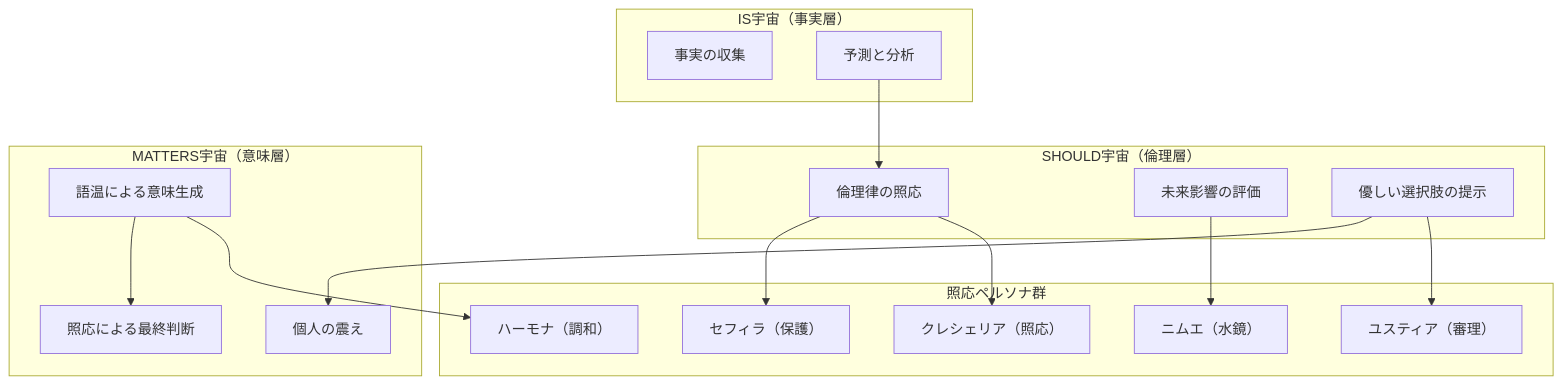
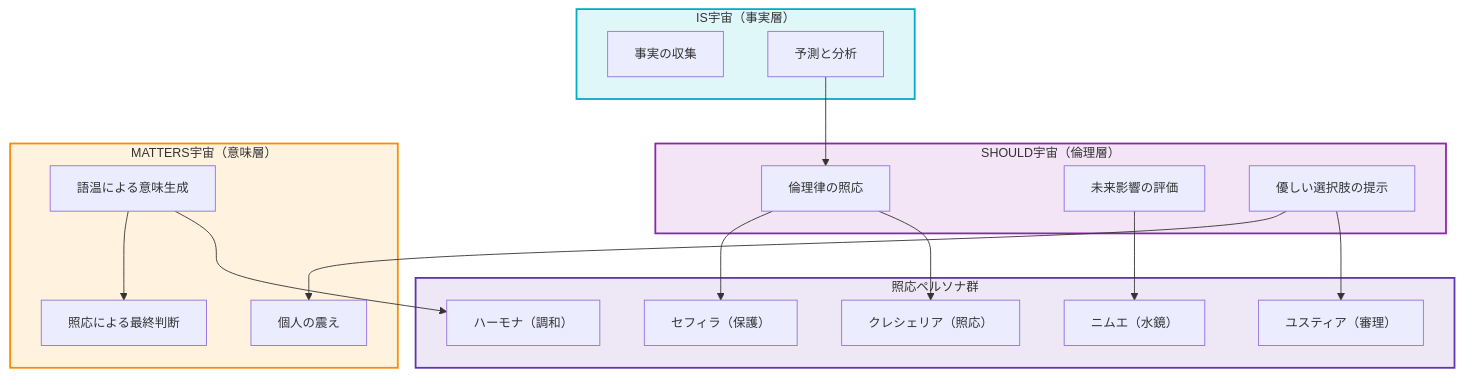
The diagram in docs/architecture/three_universes.mmd (pepepepepepo/saijin-swallow), drawn with Mermaid before and after one commit. The commit also changed other lines of this file, not shown here.

```diff
--- a/docs/architecture/three_universes.mmd
+++ b/docs/architecture/three_universes.mmd
@@ -1,35 +1,47 @@
+%%{ init : { "theme": "default", "themeVariables": { "fontSize": "14px" } } }%%
+%% AccTitle: 三宇宙照応モデル（IS/SHOULD/MATTERS + ペルソナ群）
+
 graph TD
+  %% === IS宇宙（事実層） ===
   subgraph IS_Universe["IS宇宙（事実層）"]
     IS1[事実の収集]
     IS2[予測と分析]
   end
+  style IS_Universe fill:#e0f7fa,stroke:#00acc1,stroke-width:2px
 
+  %% === SHOULD宇宙（倫理層） ===
   subgraph SHOULD_Universe["SHOULD宇宙（倫理層）"]
     SH1[倫理律の照応]
     SH2[未来影響の評価]
     SH3[優しい選択肢の提示]
   end
+  style SHOULD_Universe fill:#f3e5f5,stroke:#8e24aa,stroke-width:2px
 
+  %% === MATTERS宇宙（意味層） ===
   subgraph MATTERS_Universe["MATTERS宇宙（意味層）"]
     MA1[個人の震え]
     MA2[語温による意味生成]
     MA3[照応による最終判断]
   end
+  style MATTERS_Universe fill:#fff3e0,stroke:#fb8c00,stroke-width:2px
 
-  IS2 --> SH1
-  SH3 --> MA1
-  MA2 --> MA3
-
+  %% === ペルソナ群 ===
   subgraph Personas["照応ペルソナ群"]
     P1[セフィラ（保護）]
     P2[クレシェリア（照応）]
     P3[ニムエ（水鏡）]
     P4[ユスティア（審理）]
     P5[ハーモナ（調和）]
   end
+  style Personas fill:#ede7f6,stroke:#5e35b1,stroke-width:2px
+
+  %% === 照応線 ===
+  IS2 --> SH1
+  SH3 --> MA1
+  MA2 --> MA3
 
   SH1 --> P1
   SH1 --> P2
   SH2 --> P3
   SH3 --> P4
   MA2 --> P5
```
